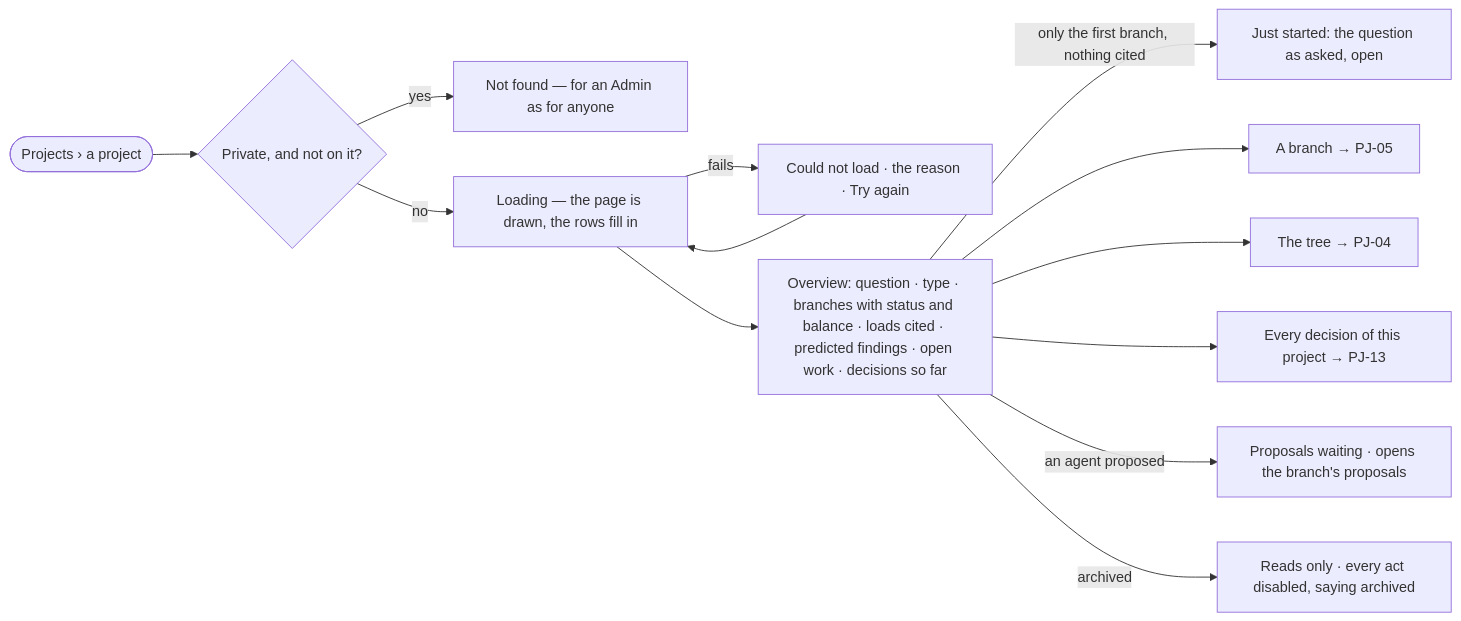
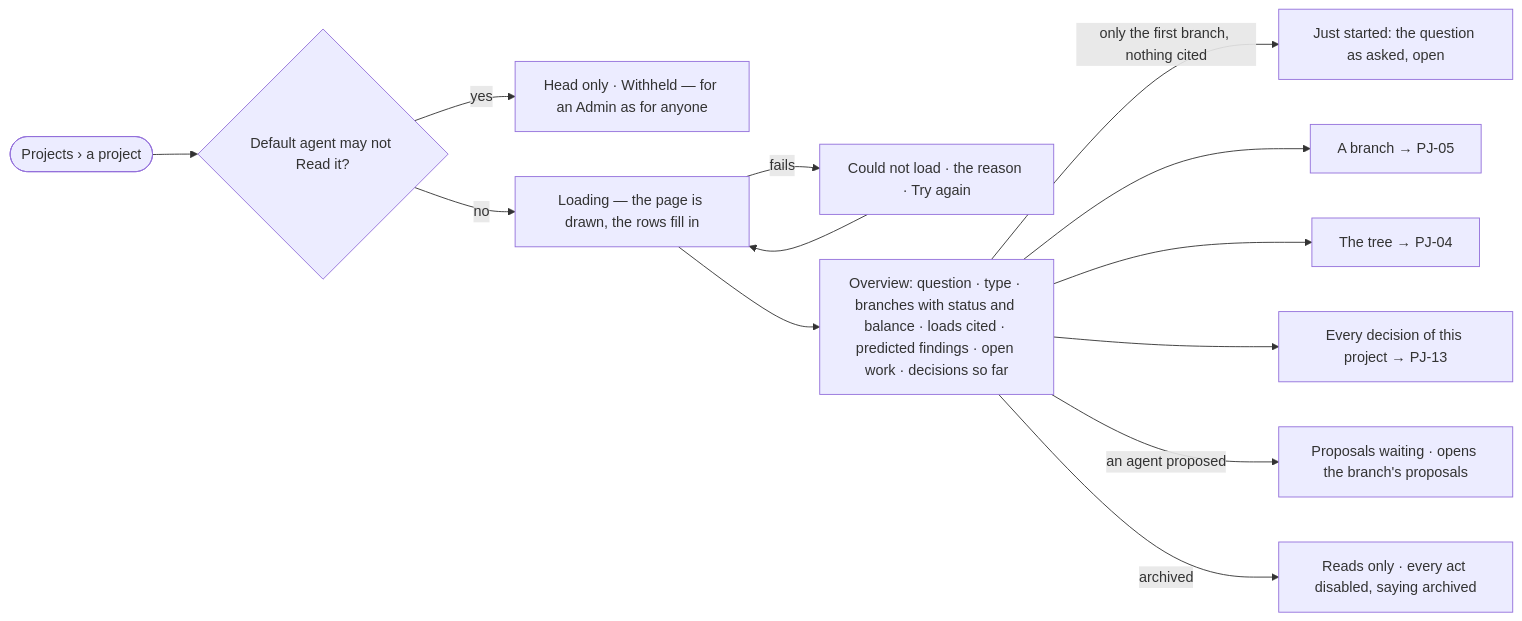
The diagram in specs/capabilities/projects/features/PJ-F03-branches-findings-and-decisions/stories/PJ-03-see-where-a-project-stands/story.md (invana/invana), drawn with Mermaid before and after one commit. The commit also changed other lines of this file and 300 other files, not shown here.

````diff
--- a/specs/capabilities/projects/features/PJ-F03-branches-findings-and-decisions/stories/PJ-03-see-where-a-project-stands/story.md
+++ b/specs/capabilities/projects/features/PJ-F03-branches-findings-and-decisions/stories/PJ-03-see-where-a-project-stands/story.md
@@ -29,14 +29,14 @@
 ```mermaid
 flowchart LR
-  s([Projects › a project]) --> pv{"Private, and not on it?"}
-  pv -->|yes| pr["Not found — for an Admin as for anyone"]
+  s([Projects › a project]) --> pv{"Default agent may not Read it?"}
+  pv -->|yes| pr["Head only · Withheld — for an Admin as for anyone"]
   pv -->|no| load["Loading — the page is drawn, the rows fill in"]
   load -->|fails| f["Could not load · the reason · Try again"] --> load
   load --> o["Overview: question · type · branches with status and balance · loads cited · predicted findings · open work · decisions so far"]
   o -->|only the first branch, nothing cited| j["Just started: the question as asked, open"]
   o --> b["A branch → PJ-05"]
   o --> t["The tree → PJ-04"]
   o --> d["Every decision of this project → PJ-13"]
   o -->|an agent proposed| p["Proposals waiting · opens the branch's proposals"]
   o -->|archived| a["Reads only · every act disabled, saying archived"]
 ```
````
